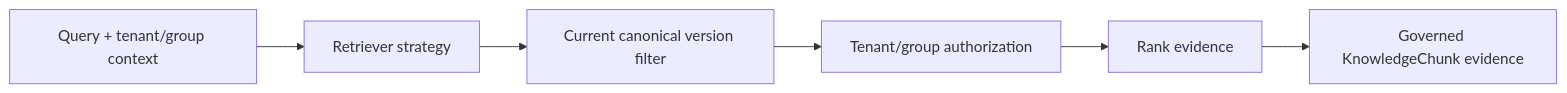
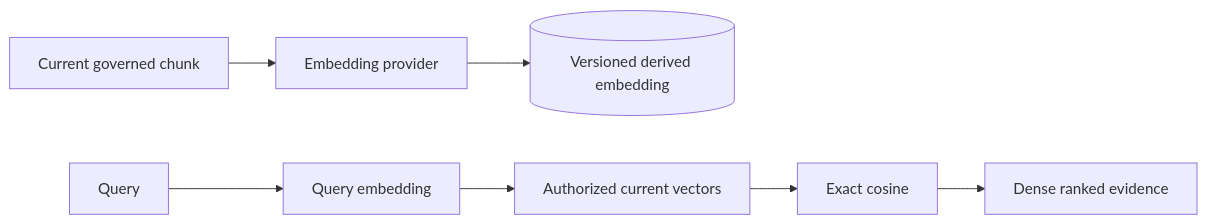
The second of 4 diagrams in docs/architecture/RAG_ARCHITECTURE.md (kumarchandansingh/tropos), drawn with Mermaid before and after one commit. The commit also changed other lines of this file and 16 other files, not shown here.

First line of the commit message:
docs: reconcile Tropos product architecture and decision history (#69)

````diff
--- a/docs/architecture/RAG_ARCHITECTURE.md
+++ b/docs/architecture/RAG_ARCHITECTURE.md
@@ -58,9 +91,12 @@
 ```mermaid
 flowchart LR
-    Query[Query + tenant/group context]
-    --> Search[Retriever strategy]
-    --> Current[Current canonical version filter]
-    --> Access[Tenant/group authorization]
-    --> Rank[Rank evidence]
-    --> Evidence[Governed KnowledgeChunk evidence]
+    Chunk[Current governed chunk]
+    --> Embed[Embedding provider]
+    --> Vector[(Versioned derived embedding)]
+
+    Query[Query]
+    --> QEmbed[Query embedding]
+    --> Candidate[Authorized current vectors]
+    --> Cosine[Exact cosine]
+    --> Ranked[Dense ranked evidence]
 ```
````
